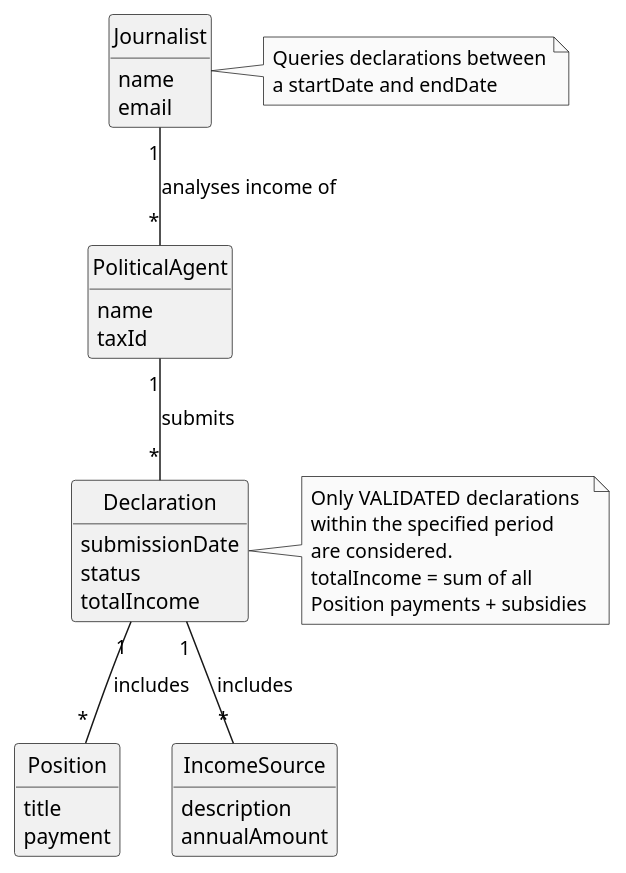
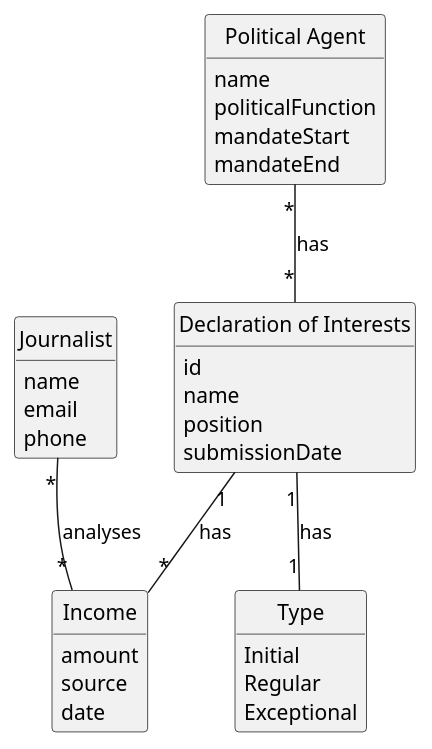
The diagram in docs/system-documentation/US10/02.analysis/US10-DM.puml (brunodspinto/crystal-clear-platform), drawn with PlantUML before and after one commit. The commit also changed 2 other files, not shown here.

```diff
--- a/docs/system-documentation/US10/02.analysis/US10-DM.puml
+++ b/docs/system-documentation/US10/02.analysis/US10-DM.puml
@@ -1,56 +1,49 @@
 @startuml US10-DM
 skinparam monochrome true
 skinparam packageStyle rectangle
 skinparam shadowing false
 skinparam classAttributeIconSize 0
 
 hide circle
 hide methods
 
 class Journalist {
     name
     email
+    phone
 }
 
-class PoliticalAgent {
+class "Political Agent" as PoliticalAgent {
     name
-    taxId
+    politicalFunction
+    mandateStart
+    mandateEnd
 }
 
-class Declaration {
+class "Declaration of Interests" as Declaration {
+    id
+    name
+    position
     submissionDate
-    status
-    totalIncome
 }
 
-class Position {
-    title
-    payment
+enum Type {
+    Initial
+    Regular
+    Exceptional
 }
 
-class IncomeSource {
-    description
-    annualAmount
+class Income {
+    amount
+    source
+    date
 }
 
-Journalist "1" -- "*" PoliticalAgent : analyses income of
+Journalist "*" -- "*" Income : analyses
 
-PoliticalAgent "1" -- "*" Declaration : submits
+PoliticalAgent "*" -- "*" Declaration : has
 
-Declaration "1" -- "*" Position : includes
-Declaration "1" -- "*" IncomeSource : includes
-
-note right of Journalist
-  Queries declarations between
-  a startDate and endDate
-end note
-
-note right of Declaration
-  Only VALIDATED declarations
-  within the specified period
-  are considered.
-  totalIncome = sum of all
-  Position payments + subsidies
-end note
+Declaration "1" -- "1" Type : has
+Declaration "1" -- "*" Income : has
 
 @enduml
```
